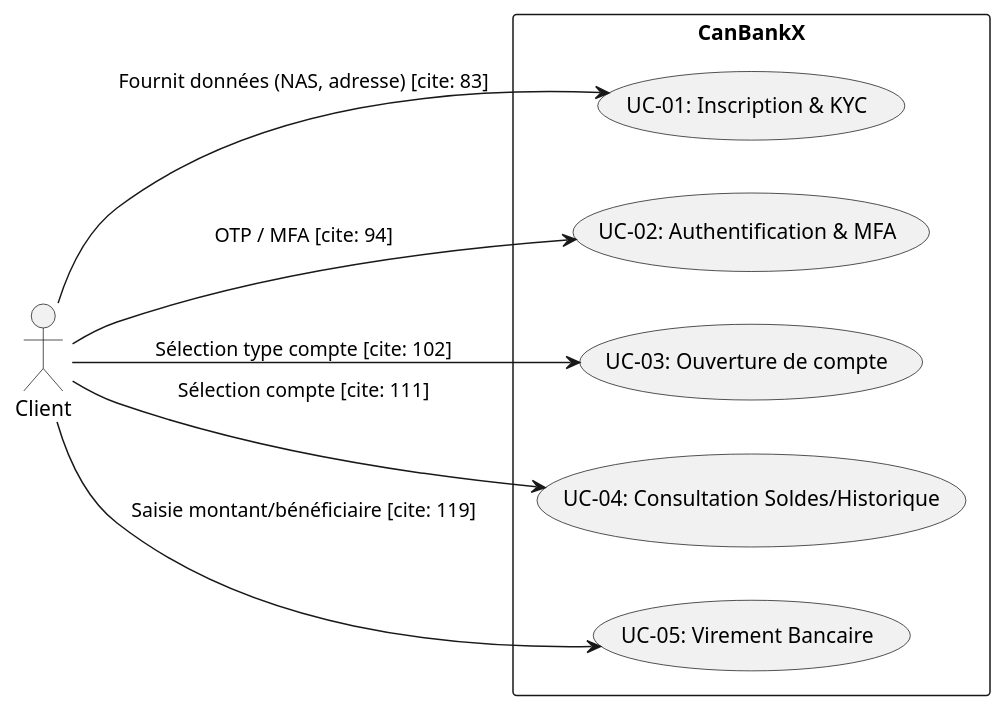
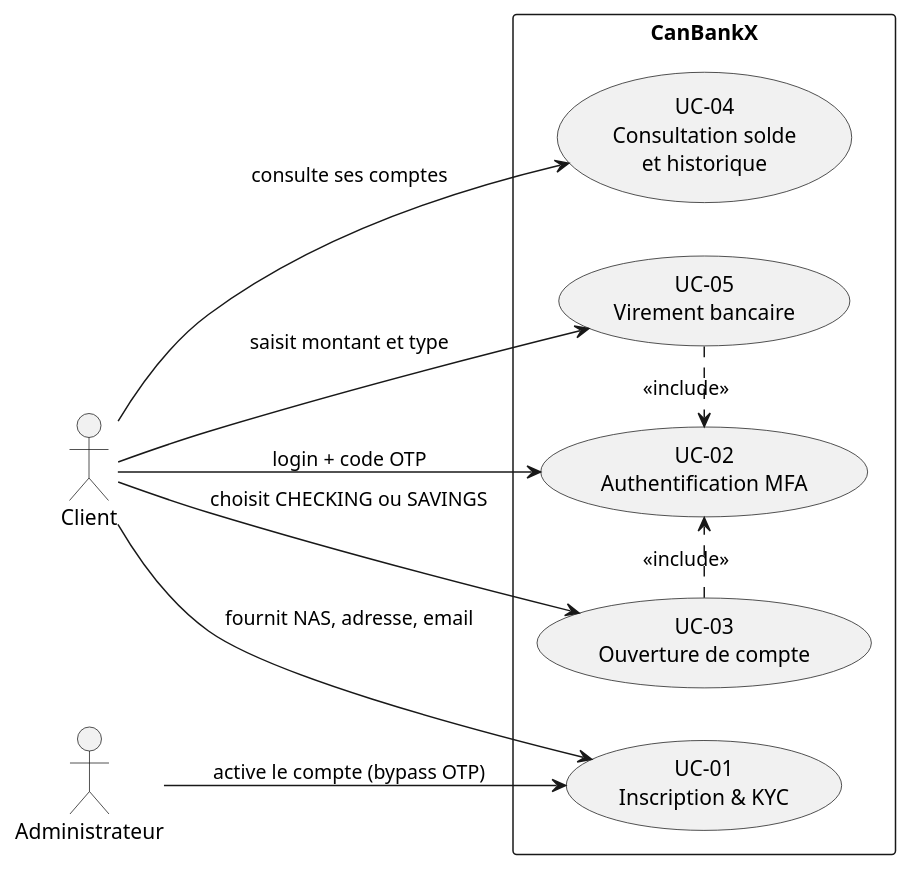
One commit to pascal680/log430-projet changed the diagram in docs/UseCaseDiagram.puml. Above: the diagram before and after it, drawn with PlantUML. The commit also changed 19 other files, not shown here.

Commit message:
modification doc et diagramme

```diff
--- a/docs/UseCaseDiagram.puml
+++ b/docs/UseCaseDiagram.puml
@@ -1,18 +1,25 @@
-@startuml
+@startuml CanBankX — Cas d'utilisation
 left to right direction
+
 actor "Client" as C
+actor "Administrateur" as A
 
-rectangle CanBankX {
-  usecase "UC-01: Inscription & KYC" as UC01
-  usecase "UC-02: Authentification & MFA" as UC02
-  usecase "UC-03: Ouverture de compte" as UC03
-  usecase "UC-04: Consultation Soldes/Historique" as UC04
-  usecase "UC-05: Virement Bancaire" as UC05
+rectangle "CanBankX" {
+  usecase "UC-01\nInscription & KYC" as UC01
+  usecase "UC-02\nAuthentification MFA" as UC02
+  usecase "UC-03\nOuverture de compte" as UC03
+  usecase "UC-04\nConsultation solde\net historique" as UC04
+  usecase "UC-05\nVirement bancaire" as UC05
 }
 
-C --> UC01 : Fournit données (NAS, adresse) [cite: 83]
-C --> UC02 : OTP / MFA [cite: 94]
-C --> UC03 : Sélection type compte [cite: 102]
-C --> UC04 : Sélection compte [cite: 111]
-C --> UC05 : Saisie montant/bénéficiaire [cite: 119]
+C --> UC01 : fournit NAS, adresse, email
+C --> UC02 : login + code OTP
+C --> UC03 : choisit CHECKING ou SAVINGS
+C --> UC04 : consulte ses comptes
+C --> UC05 : saisit montant et type
+
+A --> UC01 : active le compte (bypass OTP)
+
+UC05 .> UC02 : <<include>>
+UC03 .> UC02 : <<include>>
 @enduml
```
